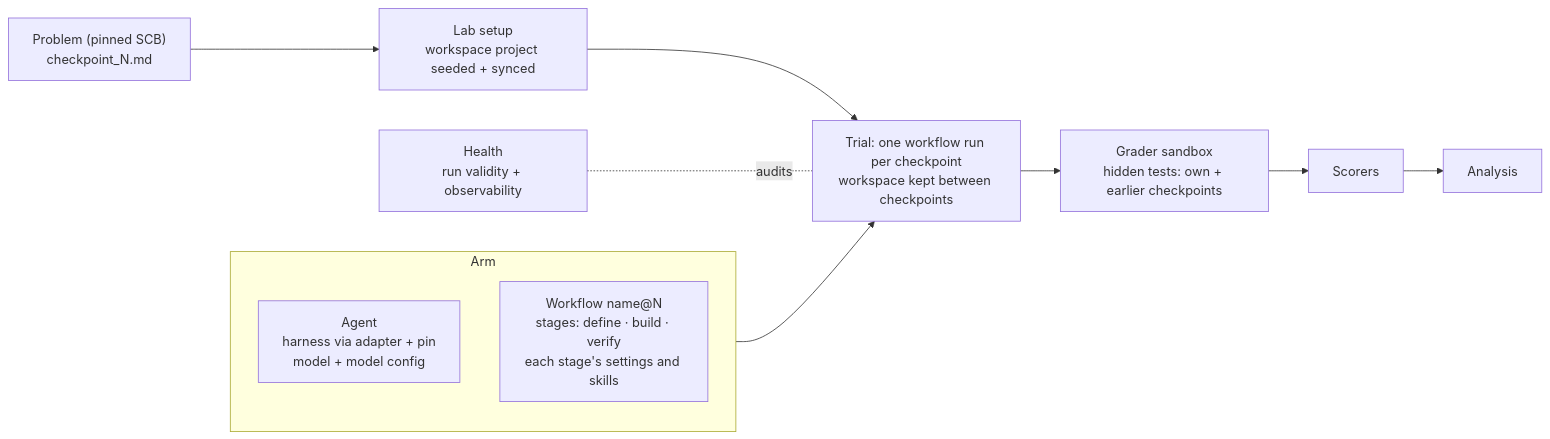
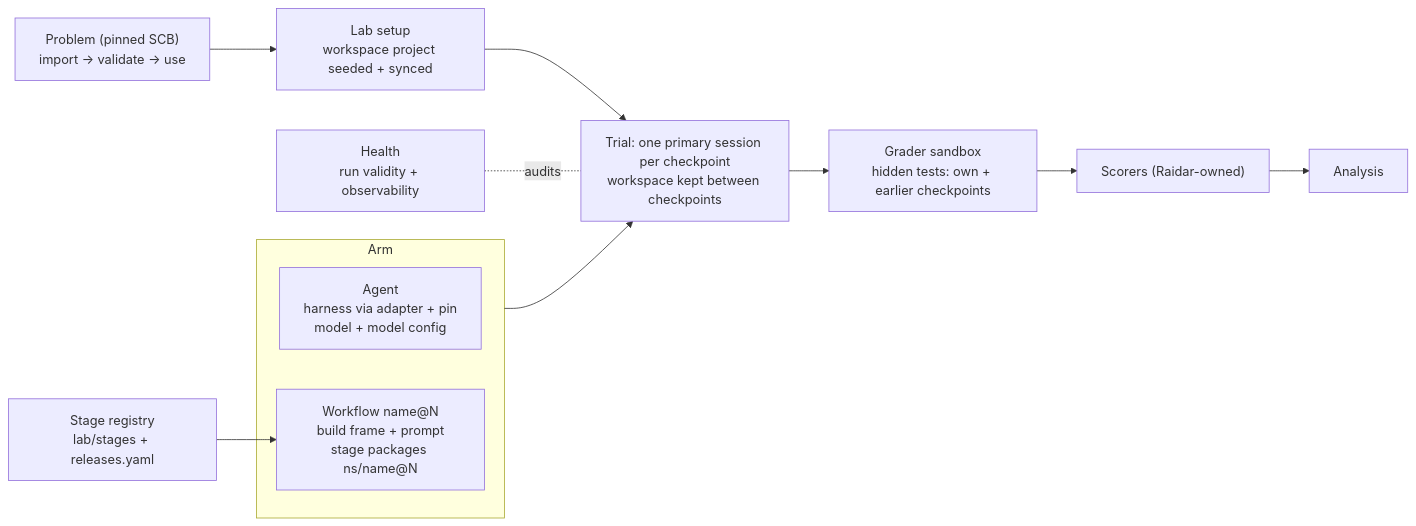
The diagram in docs/reboot/split-design.md (adam-jackson-cf/raidar), drawn with Mermaid before and after one commit. The commit also changed other lines of this file and 6 other files, not shown here.

First line of the commit message:
docs(reboot): stage packages, shared registry and problem onboarding design

````diff
--- a/docs/reboot/split-design.md
+++ b/docs/reboot/split-design.md
@@ -9,13 +36,14 @@
 ```mermaid
 flowchart LR
-  P["Problem (pinned SCB)<br/>checkpoint_N.md"] --> SET["Lab setup<br/>workspace project seeded + synced"]
-  SET --> RUN["Trial: one workflow run per checkpoint<br/>workspace kept between checkpoints"]
+  P["Problem (pinned SCB)<br/>import → validate → use"] --> SET["Lab setup<br/>workspace project seeded + synced"]
+  SET --> RUN["Trial: one primary session per checkpoint<br/>workspace kept between checkpoints"]
   subgraph ARM["Arm"]
     AG["Agent<br/>harness via adapter + pin<br/>model + model config"]
-    WF["Workflow name@N<br/>stages: define · build · verify<br/>each stage's settings and skills"]
+    WF["Workflow name@N<br/>build frame + prompt<br/>stage packages ns/name@N"]
   end
+  REG["Stage registry<br/>lab/stages + releases.yaml"] --> WF
   ARM --> RUN
   H["Health<br/>run validity + observability"] -. audits .- RUN
   RUN --> G["Grader sandbox<br/>hidden tests: own + earlier checkpoints"]
-  G --> S["Scorers"] --> A["Analysis"]
+  G --> S["Scorers (Raidar-owned)"] --> A["Analysis"]
 ```
````
